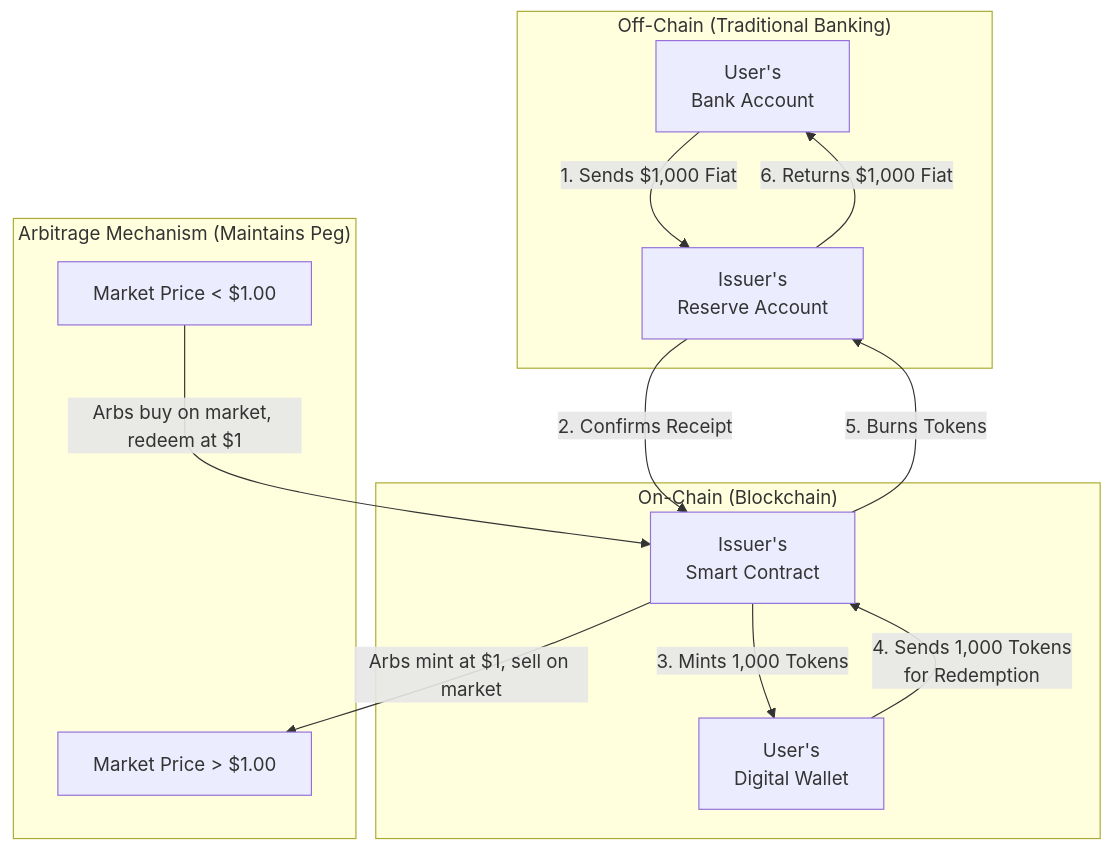
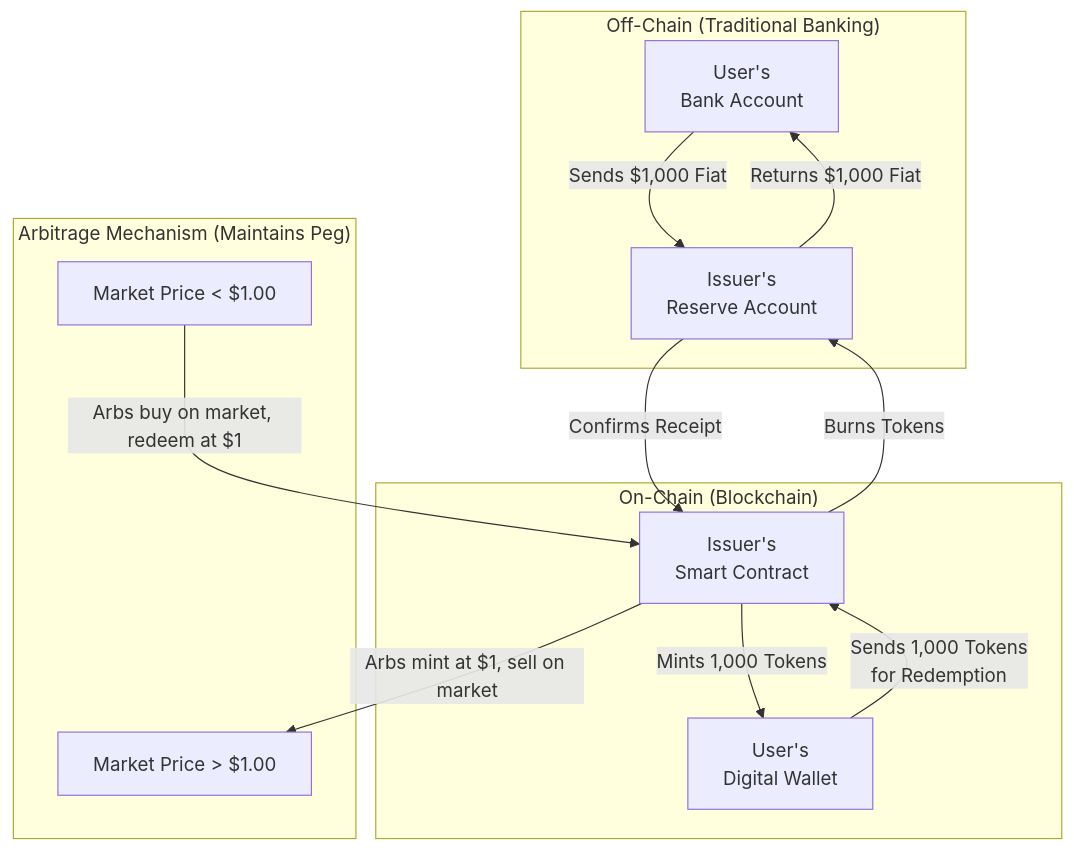
The first of 2 diagrams in Part1_Foundational_Concepts/02_Types_of_Stablecoins.md (ewvanwinkle/stablecoin-research), drawn with Mermaid before and after one commit. The commit also changed other lines of this file, not shown here.

Commit message:
fixed formatting issues

````diff
--- a/Part1_Foundational_Concepts/02_Types_of_Stablecoins.md
+++ b/Part1_Foundational_Concepts/02_Types_of_Stablecoins.md
@@ -13,28 +13,28 @@
 ```mermaid
 graph TD
     subgraph "Off-Chain (Traditional Banking)"
         A["User's<br/>Bank Account"]
         B["Issuer's<br/>Reserve Account"]
     end
 
     subgraph "On-Chain (Blockchain)"
         C["Issuer's<br/>Smart Contract"]
         D["User's<br/>Digital Wallet"]
     end
 
-    A -- "1. Sends $1,000 Fiat" --> B
-    B -- "2. Confirms Receipt" --> C
-    C -- "3. Mints 1,000 Tokens" --> D
+    A -- "Sends $1,000 Fiat" --> B
+    B -- "Confirms Receipt" --> C
+    C -- "Mints 1,000 Tokens" --> D
 
-    D -- "4. Sends 1,000 Tokens<br/>for Redemption" --> C
-    C -- "5. Burns Tokens" --> B
-    B -- "6. Returns $1,000 Fiat" --> A
+    D -- "Sends 1,000 Tokens<br/>for Redemption" --> C
+    C -- "Burns Tokens" --> B
+    B -- "Returns $1,000 Fiat" --> A
 
     subgraph "Arbitrage Mechanism (Maintains Peg)"
         M1["Market Price > $1.00"]
         M2["Market Price < $1.00"]
     end
 
     C -- "Arbs mint at $1, sell on market" --> M1
     M2 -- "Arbs buy on market, redeem at $1" --> C
 ```
````
